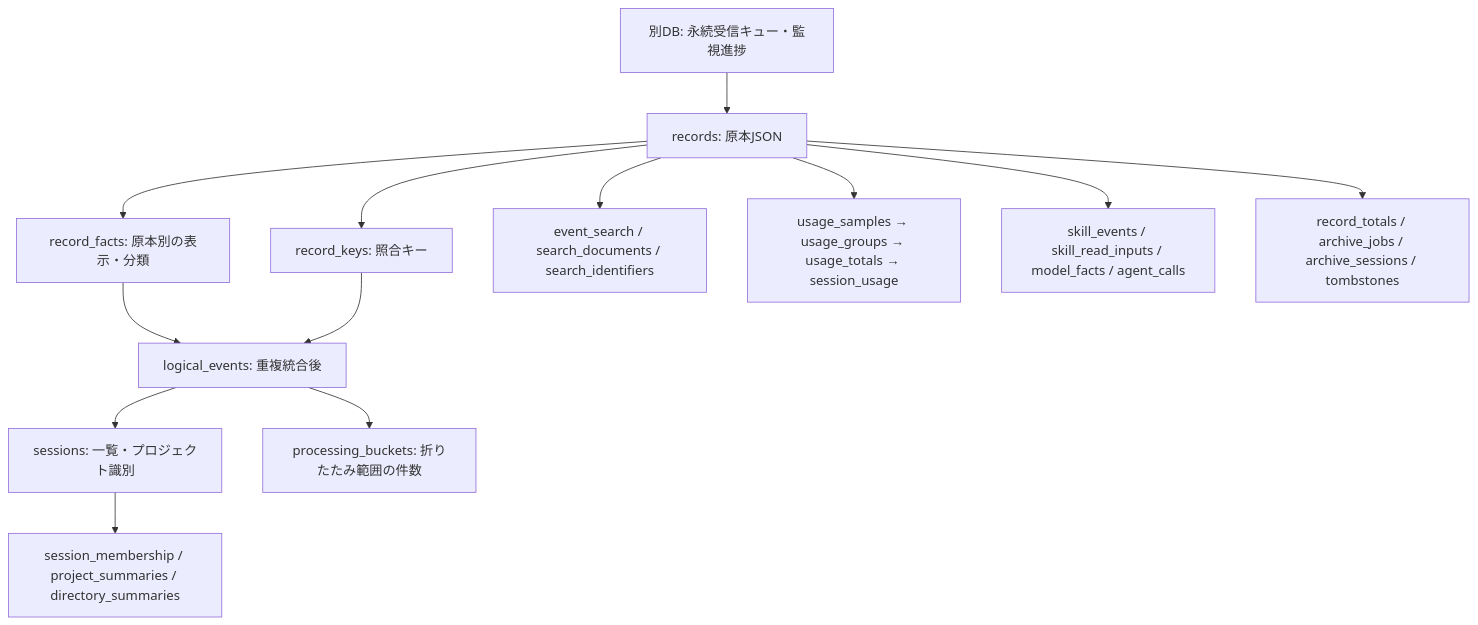
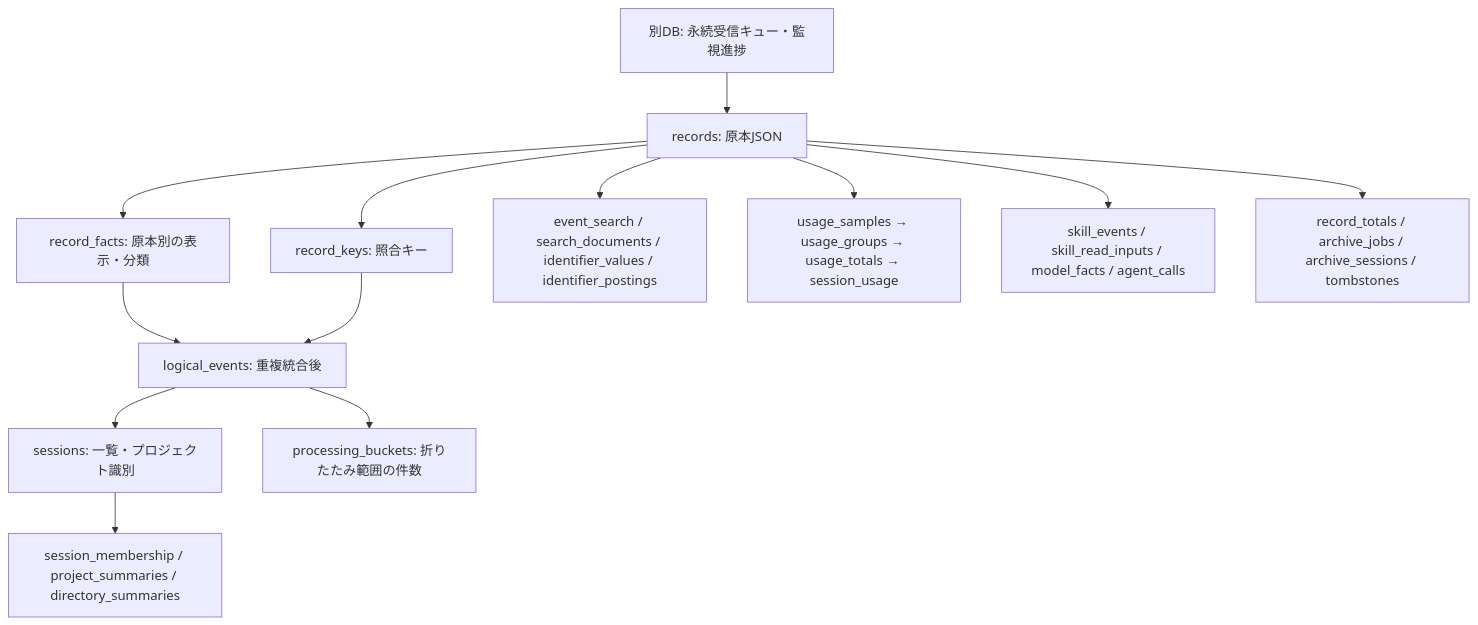
Before and after one commit to sasakiy84/agent-log-collector-and-viewer: the diagram in docs/storage-schema.md, drawn with Mermaid. The commit also changed other lines of this file and 61 other files, not shown here.

````diff
--- a/docs/storage-schema.md
+++ b/docs/storage-schema.md
@@ -5,15 +5,15 @@
 ```mermaid
 flowchart TD
   inbox[別DB: 永続受信キュー・監視進捗] --> records[records: 原本JSON]
   records --> facts[record_facts: 原本別の表示・分類]
   records --> keys[record_keys: 照合キー]
   facts --> logical[logical_events: 重複統合後]
   keys --> logical
   logical --> sessions[sessions: 一覧・プロジェクト識別]
   sessions --> summaries[session_membership / project_summaries / directory_summaries]
-  records --> search[event_search / search_documents / search_identifiers]
+  records --> search[event_search / search_documents / identifier_values / identifier_postings]
   records --> usage[usage_samples → usage_groups → usage_totals → session_usage]
   records --> evidence[skill_events / skill_read_inputs / model_facts / agent_calls]
   logical --> processing[processing_buckets: 折りたたみ範囲の件数]
   records --> archives[record_totals / archive_jobs / archive_sessions / tombstones]
 ```
````
